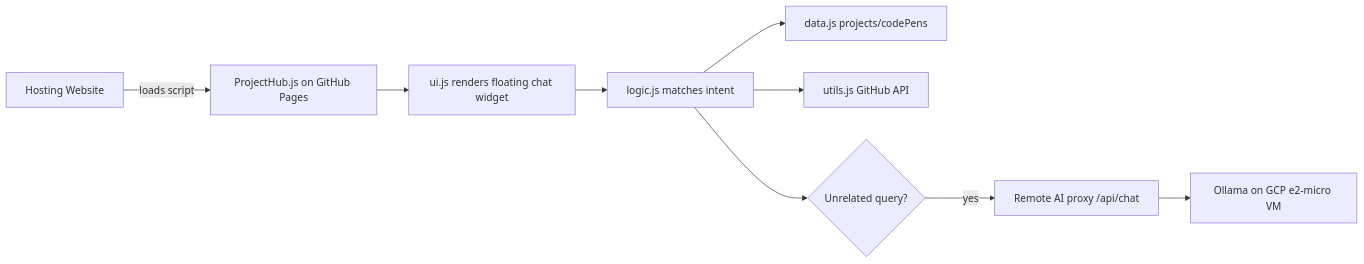
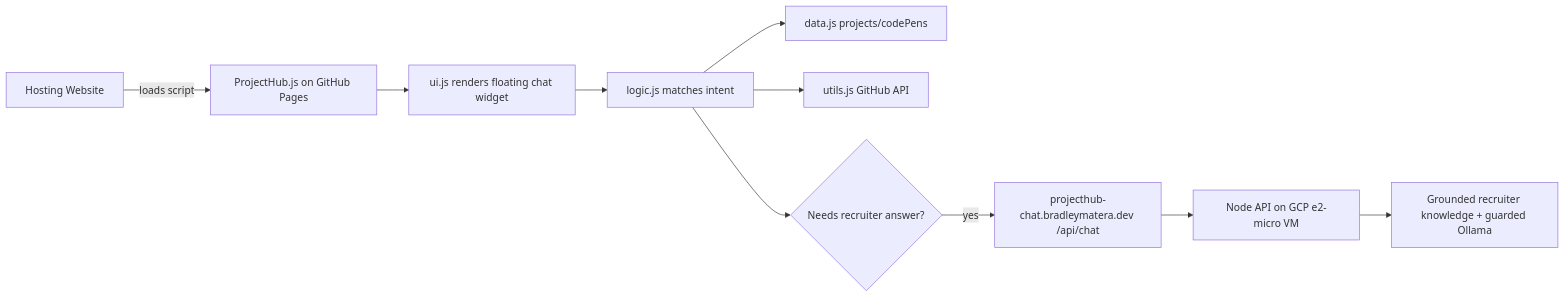
The diagram in docs/architecture-overview.md (BradleyMatera/ProjectHub), drawn with Mermaid before and after one commit. The commit also changed other lines of this file and 8 other files, not shown here.

Commit message:
Deepen recruiter chat answer handling

````diff
--- a/docs/architecture-overview.md
+++ b/docs/architecture-overview.md
@@ -9,11 +9,12 @@
 ```mermaid
 flowchart LR
     A[Hosting Website] -- loads script --> B[ProjectHub.js on GitHub Pages]
     B --> C[ui.js renders floating chat widget]
     C --> D[logic.js matches intent]
     D --> E[data.js projects/codePens]
     D --> F[utils.js GitHub API]
-    D --> G{Unrelated query?}
-    G -- yes --> H[Remote AI proxy /api/chat]
-    H --> I[Ollama on GCP e2-micro VM]
+   D --> G{Needs recruiter answer?}
+   G -- yes --> H[projecthub-chat.bradleymatera.dev /api/chat]
+   H --> I[Node API on GCP e2-micro VM]
+   I --> J[Grounded recruiter knowledge + guarded Ollama]
 ```
````
